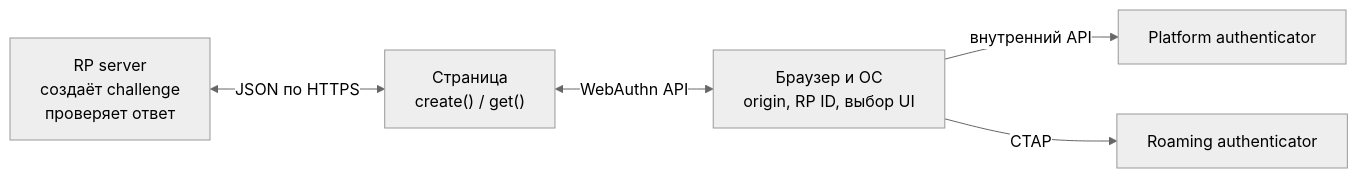
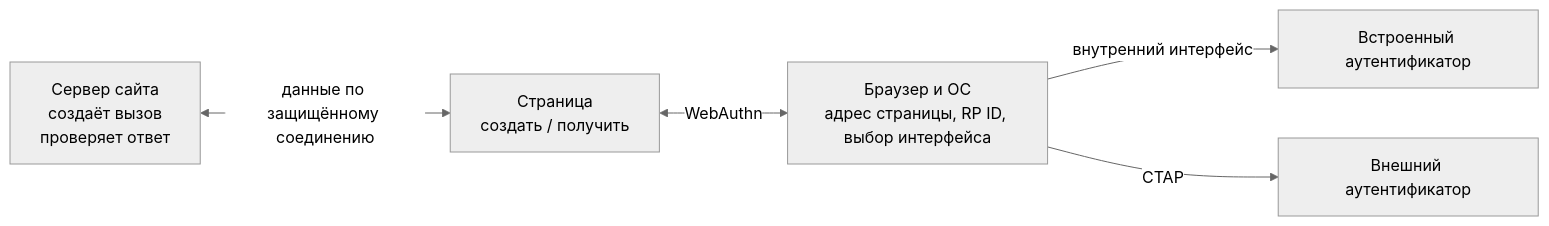
The first of 3 diagrams in FIDO/webauthn.md (zapret-discordyoutube/todo), drawn with Mermaid (neutral theme) before and after one commit. The commit also changed other lines of this file and 8 other files, not shown here.

````diff
--- a/FIDO/webauthn.md
+++ b/FIDO/webauthn.md
@@ -42,7 +86,7 @@
 ```mermaid
 flowchart LR
-    RP["RP server<br>создаёт challenge<br>проверяет ответ"] <-->|"JSON по HTTPS"| JS["Страница<br>create() / get()"]
-    JS <-->|"WebAuthn API"| Client["Браузер и ОС<br>origin, RP ID, выбор UI"]
-    Client -->|"внутренний API"| PA["Platform authenticator"]
-    Client -->|"CTAP"| RA["Roaming authenticator"]
+    RP["Сервер сайта<br>создаёт вызов<br>проверяет ответ"] <-->|"данные по защищённому соединению"| JS["Страница<br>создать / получить"]
+    JS <-->|"WebAuthn"| Client["Браузер и ОС<br>адрес страницы, RP ID, выбор интерфейса"]
+    Client -->|"внутренний интерфейс"| PA["Встроенный аутентификатор"]
+    Client -->|"CTAP"| RA["Внешний аутентификатор"]
 ```
````
